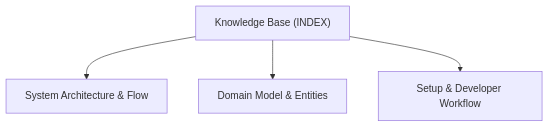
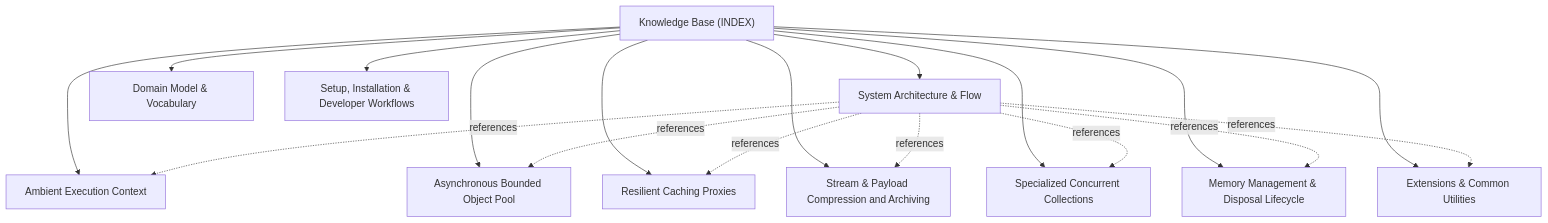
One commit to actdim/practix changed the diagram in ActDim.Practix.Common/docs/INDEX.md. Above: the diagram before and after it, drawn with Mermaid. The commit also changed other lines of this file and 252 other files, not shown here.

````diff
--- a/ActDim.Practix.Common/docs/INDEX.md
+++ b/ActDim.Practix.Common/docs/INDEX.md
@@ -17,10 +18,31 @@
 ```mermaid
 flowchart TD
     INDEX["Knowledge Base (INDEX)"]
+    T_AMBIENT_CONTEXT["Ambient Execution Context"]
+    INDEX --> T_AMBIENT_CONTEXT
     T_ARCHITECTURE["System Architecture & Flow"]
     INDEX --> T_ARCHITECTURE
-    T_DOMAIN_MODEL["Domain Model & Entities"]
+    T_ASYNC_OBJECT_POOL["Asynchronous Bounded Object Pool"]
+    INDEX --> T_ASYNC_OBJECT_POOL
+    T_CACHING_PROXIES["Resilient Caching Proxies"]
+    INDEX --> T_CACHING_PROXIES
+    T_COMPRESSION_AND_ARCHIVES["Stream & Payload Compression and Archiving"]
+    INDEX --> T_COMPRESSION_AND_ARCHIVES
+    T_CONCURRENT_COLLECTIONS["Specialized Concurrent Collections"]
+    INDEX --> T_CONCURRENT_COLLECTIONS
+    T_DOMAIN_MODEL["Domain Model & Vocabulary"]
     INDEX --> T_DOMAIN_MODEL
-    T_SETUP_AND_WORKFLOW["Setup & Developer Workflow"]
+    T_EXTENSIONS_AND_UTILITIES["Extensions & Common Utilities"]
+    INDEX --> T_EXTENSIONS_AND_UTILITIES
+    T_MEMORY_AND_DISPOSAL["Memory Management & Disposal Lifecycle"]
+    INDEX --> T_MEMORY_AND_DISPOSAL
+    T_SETUP_AND_WORKFLOW["Setup, Installation & Developer Workflows"]
     INDEX --> T_SETUP_AND_WORKFLOW
+    T_ARCHITECTURE -.->|references| T_AMBIENT_CONTEXT
+    T_ARCHITECTURE -.->|references| T_ASYNC_OBJECT_POOL
+    T_ARCHITECTURE -.->|references| T_CACHING_PROXIES
+    T_ARCHITECTURE -.->|references| T_COMPRESSION_AND_ARCHIVES
+    T_ARCHITECTURE -.->|references| T_CONCURRENT_COLLECTIONS
+    T_ARCHITECTURE -.->|references| T_MEMORY_AND_DISPOSAL
+    T_ARCHITECTURE -.->|references| T_EXTENSIONS_AND_UTILITIES
 ```
````
